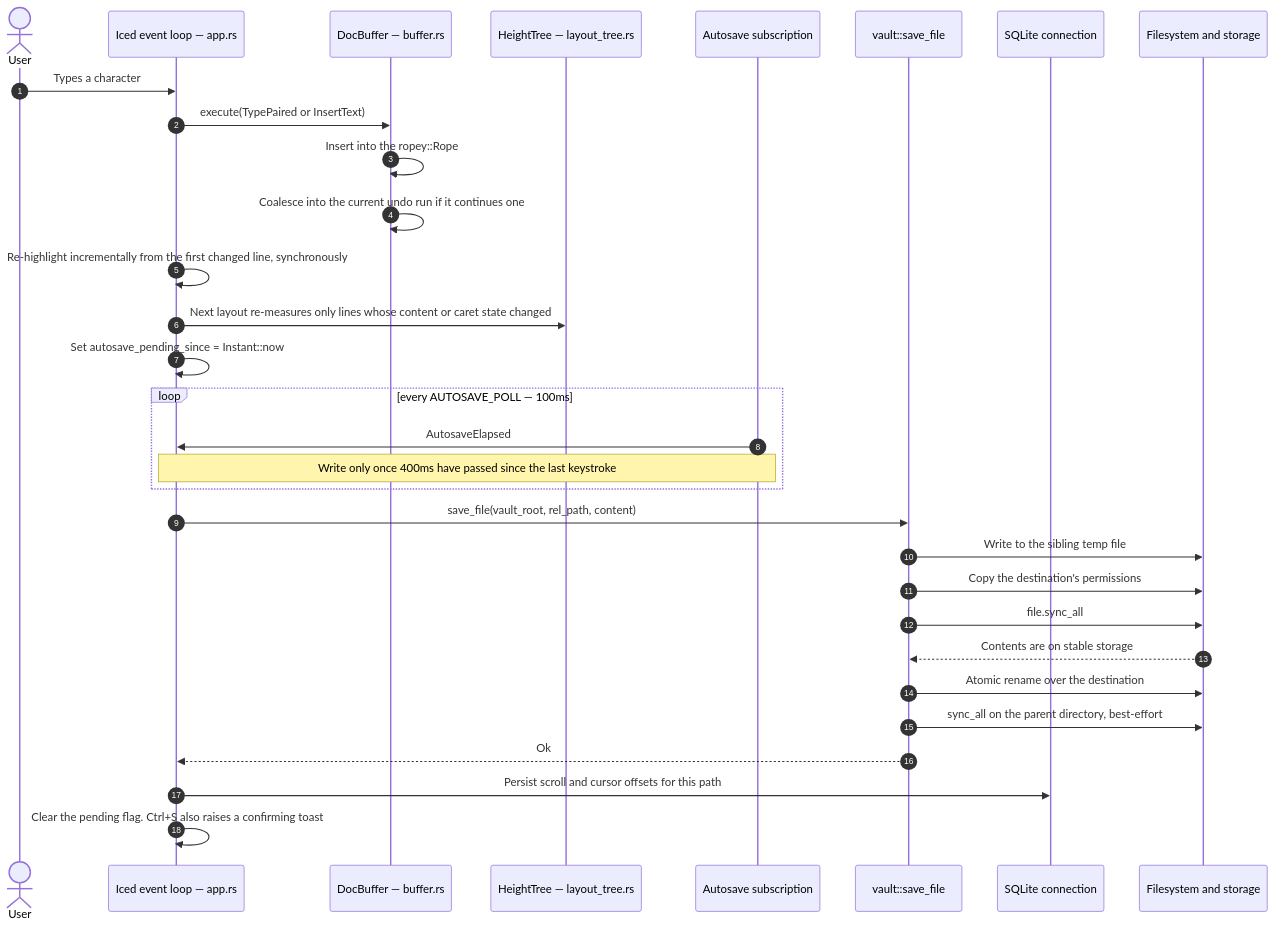
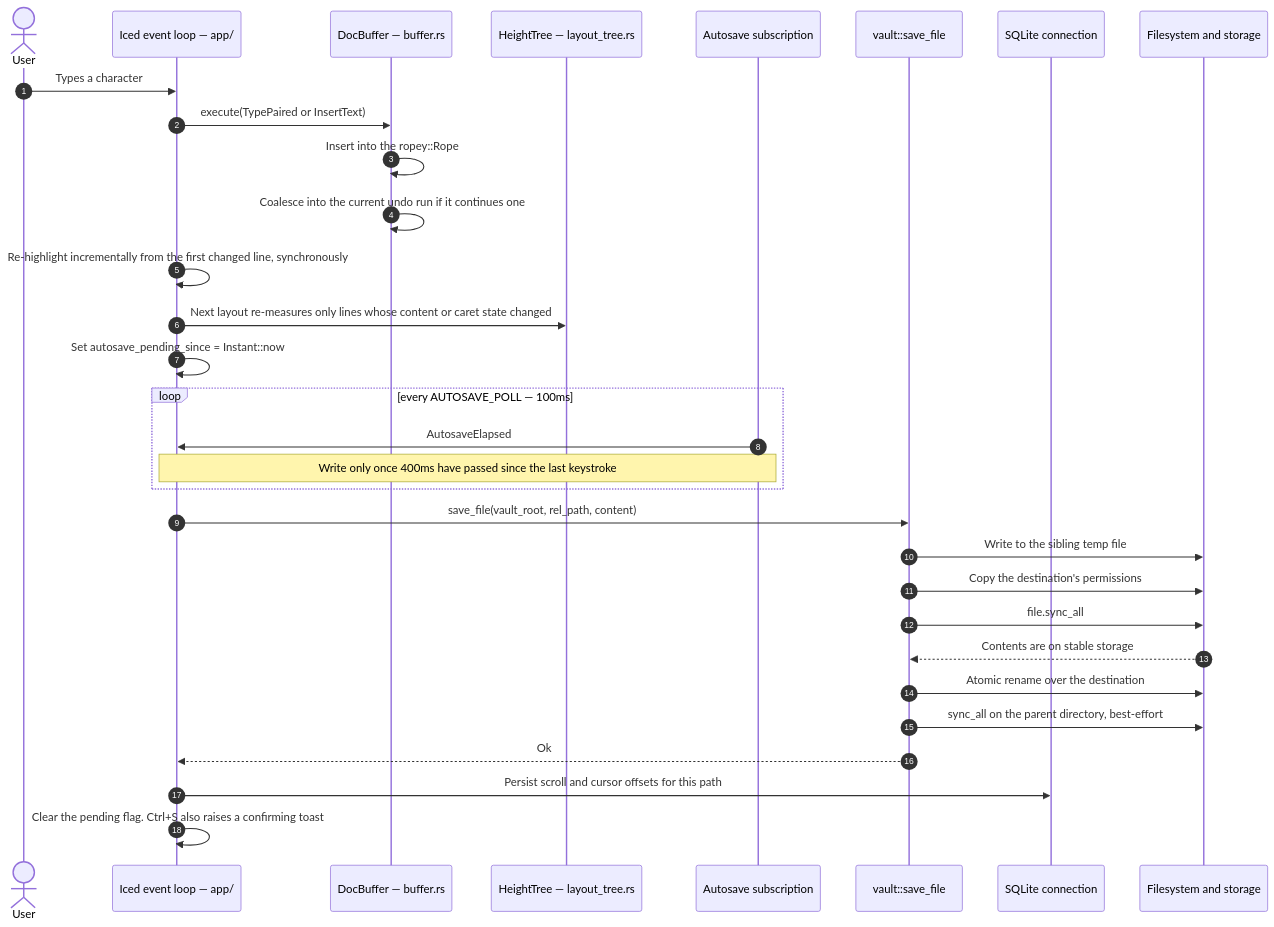
Before and after one commit to Suranjan77/md-editor: the first of 3 diagrams in wiki/Data-Flows-and-Durability-Invariants.md, drawn with Mermaid. The commit also changed other lines of this file and 45 other files, not shown here.

````diff
--- a/wiki/Data-Flows-and-Durability-Invariants.md
+++ b/wiki/Data-Flows-and-Durability-Invariants.md
@@ -12,36 +12,36 @@
 ```mermaid
 sequenceDiagram
     autonumber
     actor User
-    participant App as Iced event loop — app.rs
+    participant App as Iced event loop — app/
     participant Buf as DocBuffer — buffer.rs
     participant Tree as HeightTree — layout_tree.rs
     participant Sub as Autosave subscription
     participant Vault as vault::save_file
     participant SQLite as SQLite connection
     participant Disk as Filesystem and storage
 
     User->>App: Types a character
     App->>Buf: execute(TypePaired or InsertText)
     Buf->>Buf: Insert into the ropey::Rope
     Buf->>Buf: Coalesce into the current undo run if it continues one
     App->>App: Re-highlight incrementally from the first changed line, synchronously
     App->>Tree: Next layout re-measures only lines whose content or caret state changed
     App->>App: Set autosave_pending_since = Instant::now
 
     loop every AUTOSAVE_POLL — 100ms
         Sub->>App: AutosaveElapsed
         Note over App,Sub: Write only once 400ms have passed since the last keystroke
     end
 
     App->>Vault: save_file(vault_root, rel_path, content)
     Vault->>Disk: Write to the sibling temp file
     Vault->>Disk: Copy the destination's permissions
     Vault->>Disk: file.sync_all
     Disk-->>Vault: Contents are on stable storage
     Vault->>Disk: Atomic rename over the destination
     Vault->>Disk: sync_all on the parent directory, best-effort
     Vault-->>App: Ok
     App->>SQLite: Persist scroll and cursor offsets for this path
     App->>App: Clear the pending flag. Ctrl+S also raises a confirming toast
 ```
````
